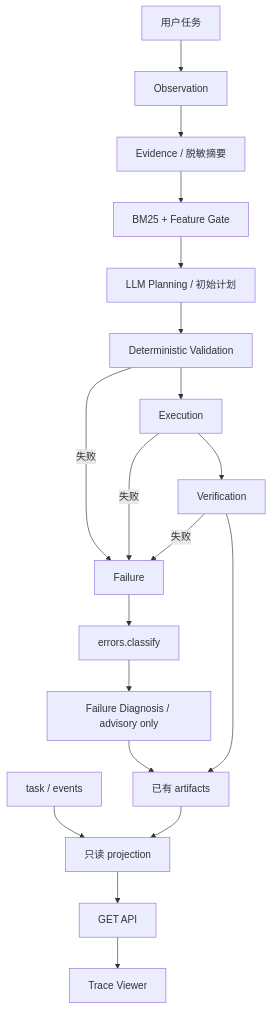
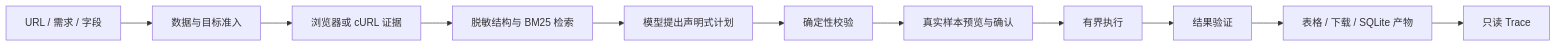
The diagram in README.md (2510192670-heart/Evidence-Aware-Crawler-RAG-Agent), drawn with Mermaid before and after one commit. The commit also changed other lines of this file and 14 other files, not shown here.

````diff
--- a/README.md
+++ b/README.md
@@ -13,21 +50,13 @@
 ```mermaid
-flowchart TD
-    U[用户任务] --> O[Observation]
-    O --> E[Evidence / 脱敏摘要]
-    E --> R[BM25 + Feature Gate]
-    R --> L[LLM Planning / 初始计划]
-    L --> V[Deterministic Validation]
-    V --> X[Execution]
-    X --> Q[Verification]
-    V -->|失败| F[Failure]
-    X -->|失败| F
-    Q -->|失败| F
-    F --> C[errors.classify]
-    C --> D[Failure Diagnosis / advisory only]
-    D --> A[已有 artifacts]
-    Q --> A
-    T[task / events] --> P[只读 projection]
-    A --> P
-    P --> G[GET API]
-    G --> W[Trace Viewer]
+flowchart LR
+    U[URL / 需求 / 字段] --> A[数据与目标准入]
+    A --> O[浏览器或 cURL 证据]
+    O --> R[脱敏结构与 BM25 检索]
+    R --> L[模型提出声明式计划]
+    L --> V[确定性校验]
+    V --> P[真实样本预览与确认]
+    P --> E[有界执行]
+    E --> Q[结果验证]
+    Q --> D[表格 / 下载 / SQLite 产物]
+    D --> T[只读 Trace]
 ```
````
